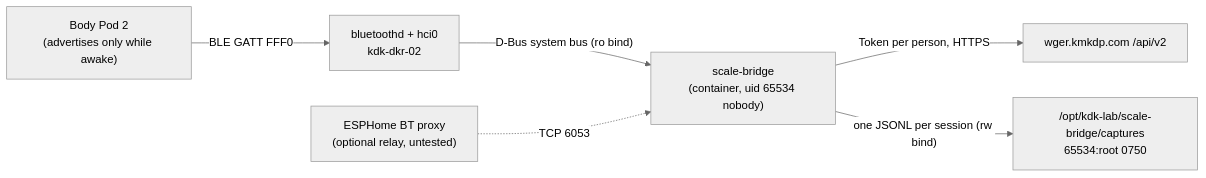
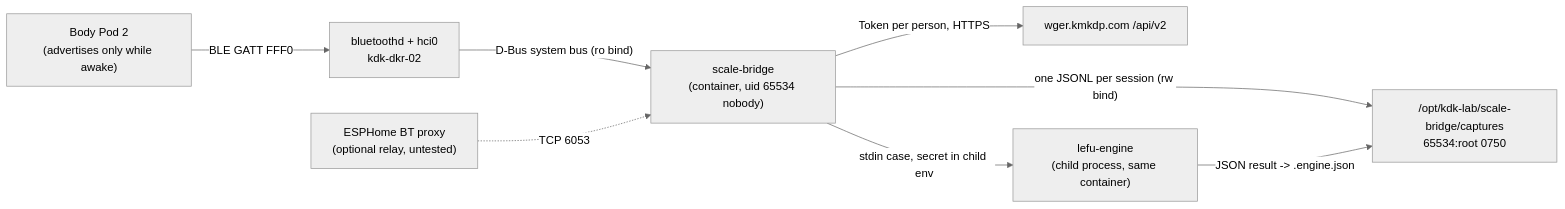
Before and after one commit to BigH3ater/kdk-lab-dkr: the diagram in docs/services/scale-bridge.md, drawn with Mermaid (neutral theme). The commit also changed other lines of this file and 35 other files, not shown here.

First line of the commit message:
feat(scale-bridge): Lefu 8-electrode body-composition engine in the image (0.2.0)

````diff
--- a/docs/services/scale-bridge.md
+++ b/docs/services/scale-bridge.md
@@ -25,8 +27,10 @@
 ```mermaid
 flowchart LR
   S["Body Pod 2<br/>(advertises only while awake)"] -->|"BLE GATT FFF0"| BZ["bluetoothd + hci0<br/>kdk-dkr-02"]
   BZ -->|"D-Bus system bus (ro bind)"| SB["scale-bridge<br/>(container, uid 65534 nobody)"]
   P["ESPHome BT proxy<br/>(optional relay, untested)"] -.->|"TCP 6053"| SB
   SB -->|"Token per person, HTTPS"| W["wger.kmkdp.com /api/v2"]
   SB -->|"one JSONL per session (rw bind)"| C["/opt/kdk-lab/scale-bridge/captures<br/>65534:root 0750"]
+  SB -->|"stdin case, secret in child env"| E["lefu-engine<br/>(child process, same container)"]
+  E -->|"JSON result -> .engine.json"| C
 ```
````
